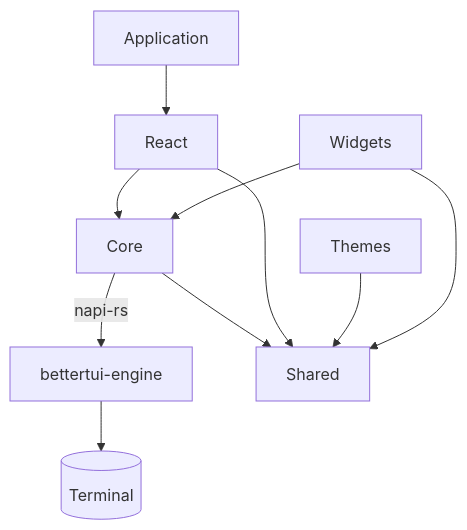
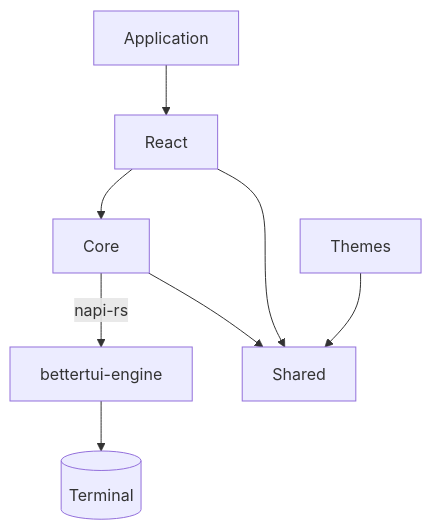
Before and after one commit to localfirstai/bettertui: the fifth of 6 diagrams in docs/architecture/Overview.md, drawn with Mermaid. The commit also changed other lines of this file and 54 other files, not shown here.

````diff
--- a/docs/architecture/Overview.md
+++ b/docs/architecture/Overview.md
@@ -139,12 +138,10 @@
 ```mermaid
 graph TD
     App[Application] --> React
     React --> Core
     Core -->|napi-rs| Engine[bettertui-engine]
     Engine --> Terminal[(Terminal)]
     Core --> Shared
     React --> Shared
     Themes --> Shared
-    Widgets --> Core
-    Widgets --> Shared
 ```
````
